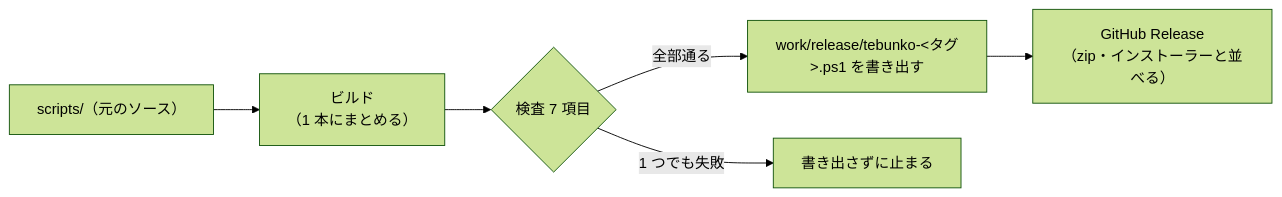
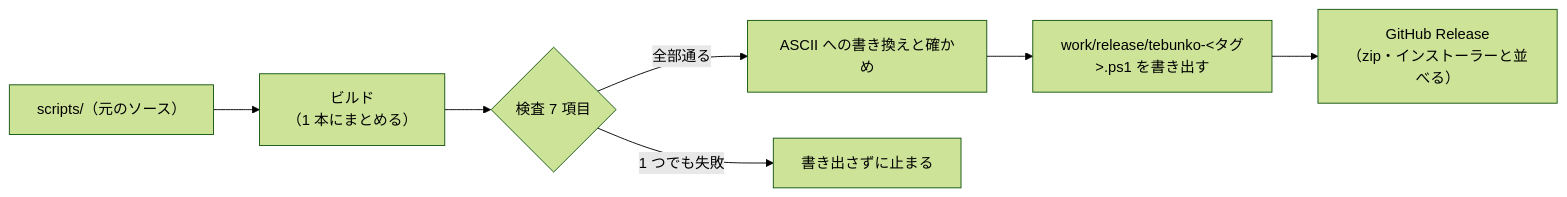
Before and after one commit to hsgwa/tebunko: the diagram in docs/design/structure/single-script.md, drawn with Mermaid (forest theme). The commit also changed other lines of this file, not shown here.

Commit message:
docs: 単一 .ps1 版の出力が ASCII だけであることを設計書に書く

````diff
--- a/docs/design/structure/single-script.md
+++ b/docs/design/structure/single-script.md
@@ -17,8 +17,9 @@
 ```mermaid
 flowchart LR
     S["scripts/（元のソース）"] --> B["ビルド<br>（1 本にまとめる）"]
     B --> C{"検査 7 項目"}
-    C -->|全部通る| W["work/release/tebunko-#lt;タグ#gt;.ps1 を書き出す"]
+    C -->|全部通る| A["ASCII への書き換えと確かめ"]
+    A --> W["work/release/tebunko-#lt;タグ#gt;.ps1 を書き出す"]
     C -->|1 つでも失敗| X["書き出さずに止まる"]
     W --> R["GitHub Release<br>（zip・インストーラーと並べる）"]
 ```
````
